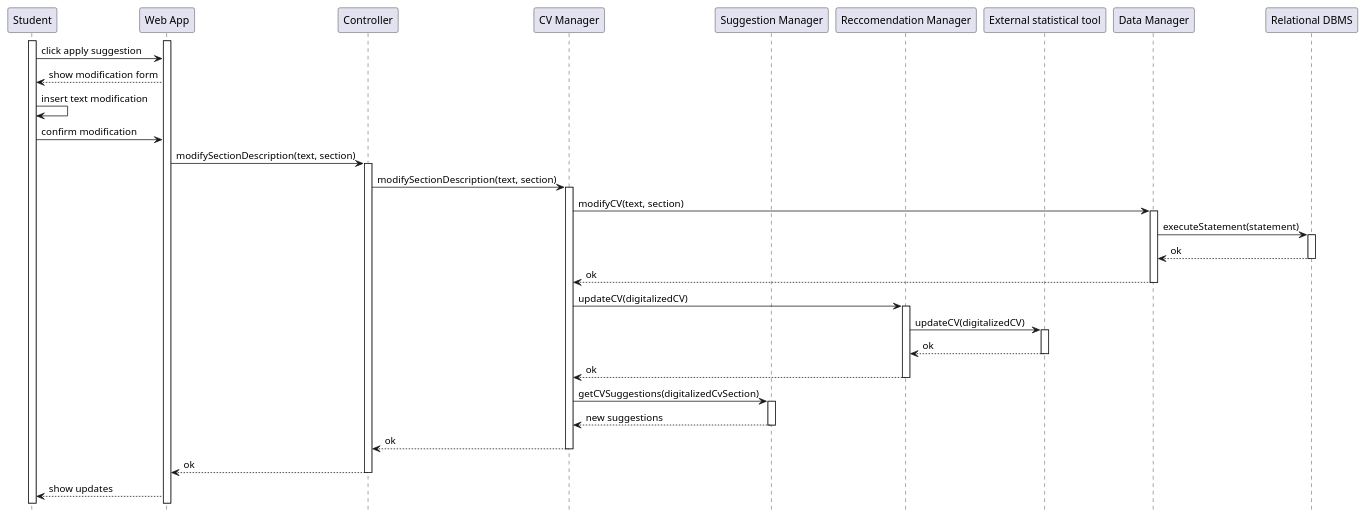
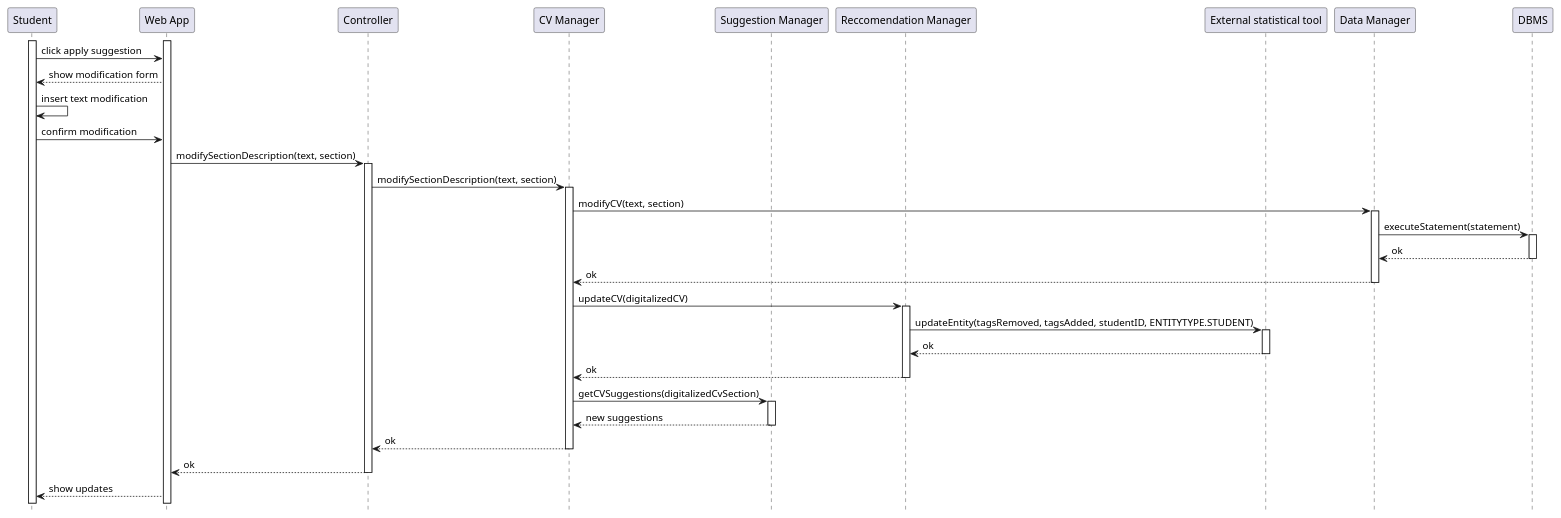
The diagram in DD/Architectural_design/uml_diagrams/RV14_diagram.puml (matti8702/R_and_DD_project_SE2), drawn with PlantUML before and after one commit. The commit also changed other lines of this file and 9 other files, not shown here.

```diff
--- a/DD/Architectural_design/uml_diagrams/RV14_diagram.puml
+++ b/DD/Architectural_design/uml_diagrams/RV14_diagram.puml
@@ -1,56 +1,56 @@
 @startuml RV14_diagram
 hide footbox
 
 participant "Student" as S 
 participant "Web App" as W
 participant "Controller" AS C
 participant "CV Manager" AS CM
 participant "Suggestion Manager" as SM
 participant "Reccomendation Manager" as RM
 participant "External statistical tool" AS EXT
 participant "Data Manager" AS DM
-participant "Relational DBMS" AS RD
+participant "DBMS" AS RD
 
 
 
 activate S
 activate W
 S -> W: click apply suggestion
 W --> S: show modification form
 S -> S: insert text modification
 S -> W: confirm modification
 W -> C: modifySectionDescription(text, section)
 activate C
 C -> CM: modifySectionDescription(text, section)
 activate CM
 
 CM -> DM: modifyCV(text, section)
 activate DM
 DM -> RD: executeStatement(statement)
 activate RD
 RD --> DM: ok
 deactivate RD
 DM --> CM: ok
 deactivate DM 
 
 CM -> RM: updateCV(digitalizedCV)
 activate RM
-RM -> EXT: updateCV(digitalizedCV)
+RM -> EXT: updateEntity(tagsRemoved, tagsAdded, studentID, ENTITYTYPE.STUDENT)
 activate EXT
 EXT --> RM: ok
 deactivate EXT
 RM --> CM: ok
 deactivate RM
 
 CM -> SM: getCVSuggestions(digitalizedCvSection)
 activate SM
 SM --> CM: new suggestions
 deactivate SM
 CM --> C: ok
 deactivate CM
 C --> W: ok
 deactivate C
 W --> S: show updates
 
 
 @enduml
```
